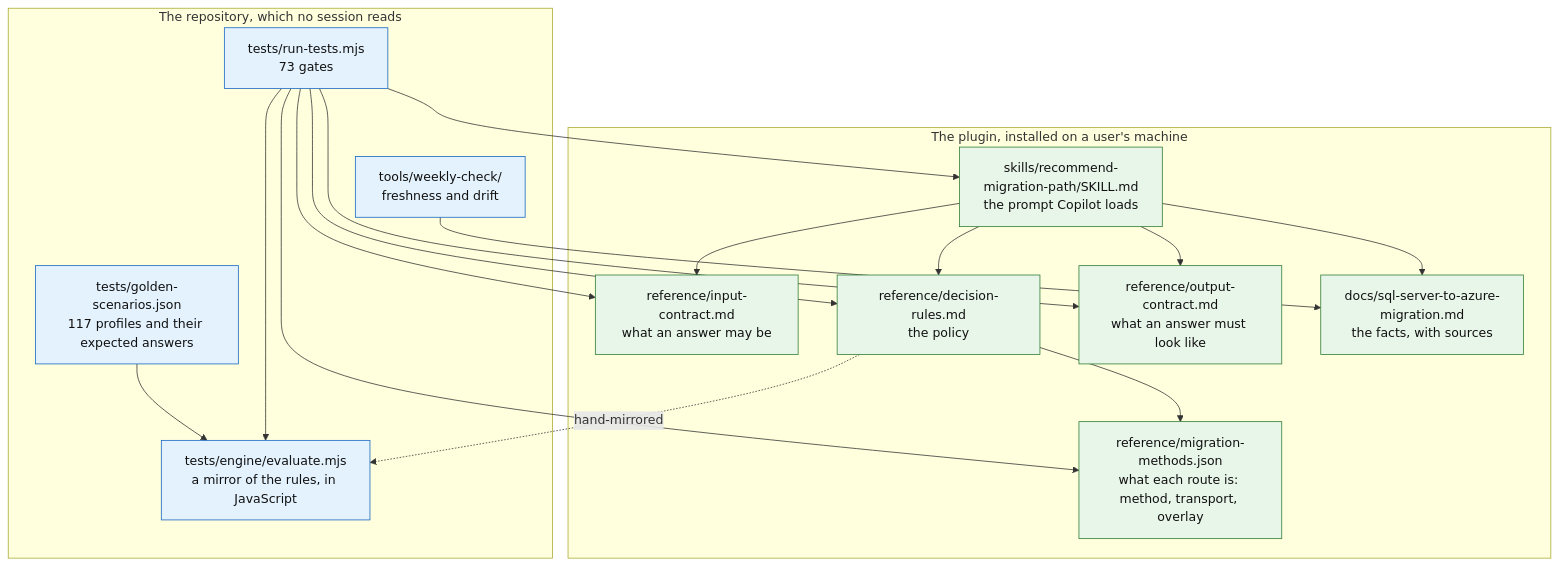
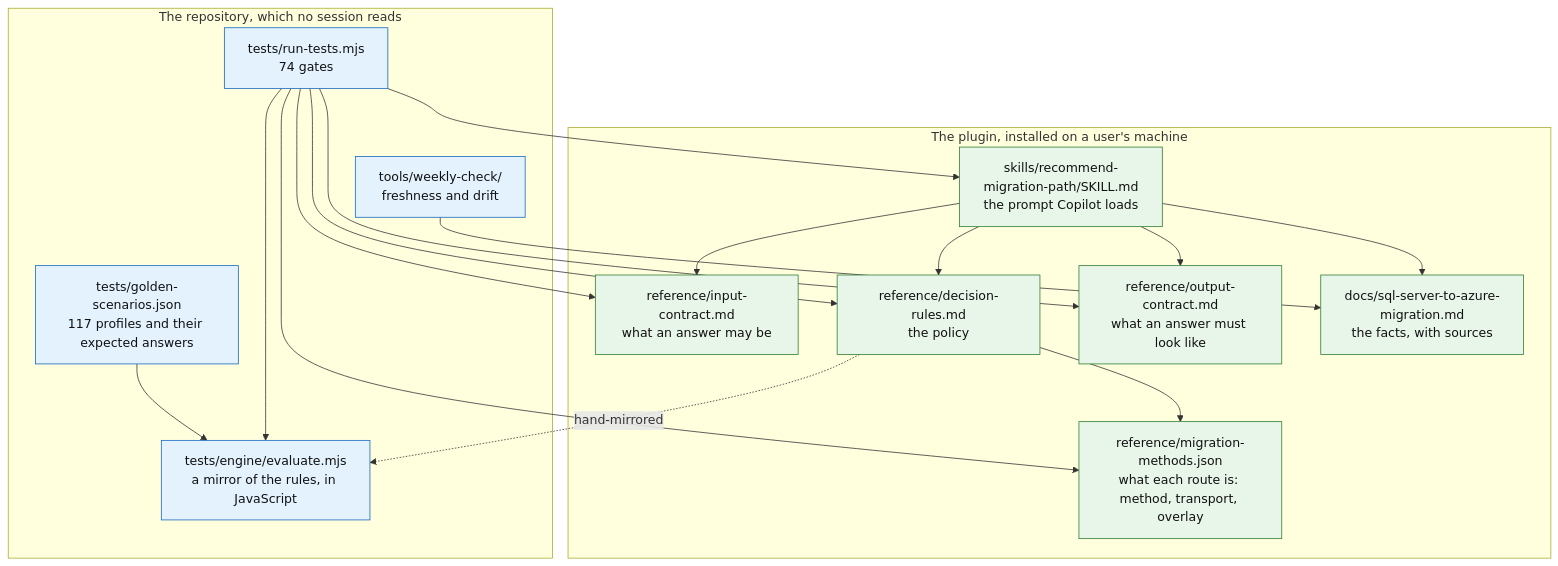
One commit to fredgis/sql-migration-advisor changed the first of 3 diagrams in docs/ARCHITECTURE.md. Above: the diagram before and after it, drawn with Mermaid. The commit also changed other lines of this file and 9 other files, not shown here.

````diff
--- a/docs/ARCHITECTURE.md
+++ b/docs/ARCHITECTURE.md
@@ -28,38 +28,38 @@
 ```mermaid
 flowchart TD
     subgraph plugin["The plugin, installed on a user's machine"]
       SK["skills/recommend-migration-path/SKILL.md<br/>the prompt Copilot loads"]
       IC["reference/input-contract.md<br/>what an answer may be"]
       DR["reference/decision-rules.md<br/>the policy"]
       OC["reference/output-contract.md<br/>what an answer must look like"]
       MM["reference/migration-methods.json<br/>what each route is: method, transport, overlay"]
       KB["docs/sql-server-to-azure-migration.md<br/>the facts, with sources"]
     end
 
     subgraph repo["The repository, which no session reads"]
       EN["tests/engine/evaluate.mjs<br/>a mirror of the rules, in JavaScript"]
       GS["tests/golden-scenarios.json<br/>117 profiles and their expected answers"]
-      GA["tests/run-tests.mjs<br/>73 gates"]
+      GA["tests/run-tests.mjs<br/>74 gates"]
       WK["tools/weekly-check/<br/>freshness and drift"]
     end
 
     SK --> IC
     SK --> DR
     SK --> OC
     SK --> KB
     DR --> MM
     DR -.->|hand-mirrored| EN
     GS --> EN
     GA --> EN
     GA --> SK
     GA --> IC
     GA --> DR
     GA --> OC
     GA --> MM
     WK --> KB
 
     classDef live fill:#e8f5e9,stroke:#2e7d32,color:#111
     classDef test fill:#e3f2fd,stroke:#1565c0,color:#111
     class SK,IC,DR,OC,KB,MM live
     class EN,GS,GA,WK test
 ```
````
